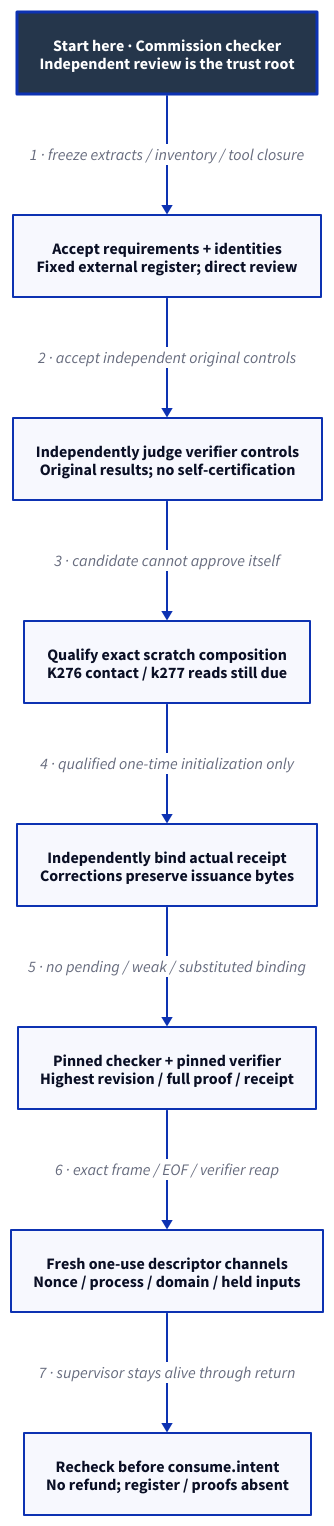
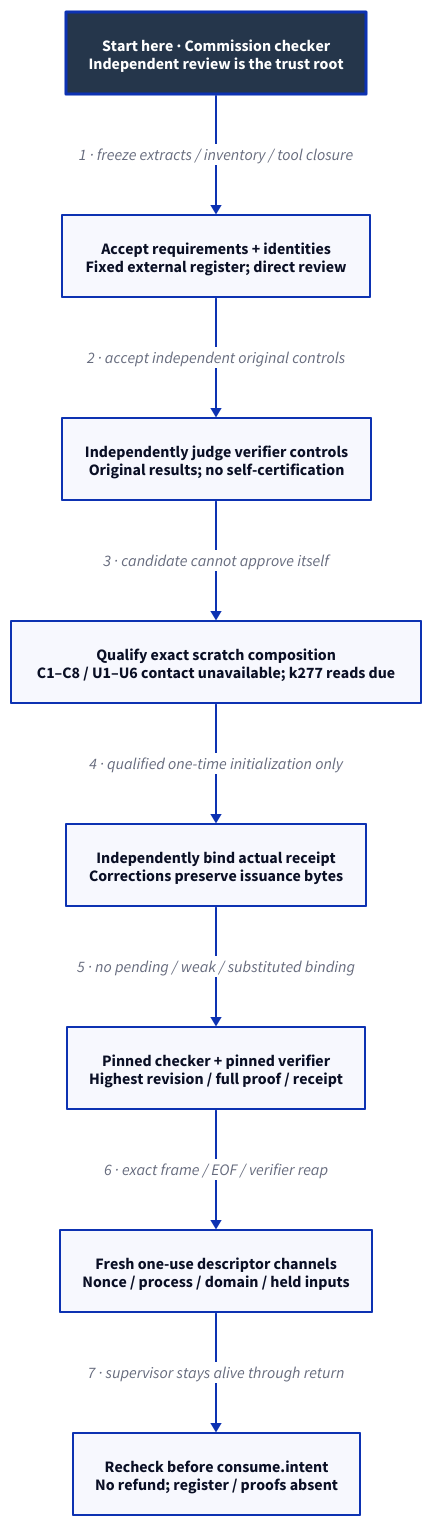
Before and after one commit to Linkuistics/Koine: the diagram in docs/design/architecture/native-reference-proof.d2, drawn with D2. The commit also changed 28 other files, not shown here.

```diff
--- a/docs/design/architecture/native-reference-proof.d2
+++ b/docs/design/architecture/native-reference-proof.d2
@@ -1,20 +1,20 @@
 # Proposed dependency flow; root, tools and controls remain unqualified.
 direction: down
 classes: {
   start: {style: {fill: "#25364B"; font-color: "#FFFFFF"; bold: true; stroke-width: 3}}
 }
 Start: "Start here · Commission checker\nIndependent review is the trust root" {class: start}
 Revision: "Accept requirements + identities\nFixed external register; direct review"
 Self: "Independently judge verifier controls\nOriginal results; no self-certification"
-Qualification: "Qualify exact scratch composition\nK276 contact / k277 reads still due"
+Qualification: "Qualify exact scratch composition\nC1–C8 / U1–U6 contact unavailable; k277 reads due"
 Receipt: "Independently bind actual receipt\nCorrections preserve issuance bytes"
 Checker: "Pinned checker + pinned verifier\nHighest revision / full proof / receipt"
 Channel: "Fresh one-use descriptor channels\nNonce / process / domain / held inputs"
 Boundary: "Recheck before consume.intent\nNo refund; register / proofs absent"
 Start -> Revision: "1 · freeze extracts / inventory / tool closure"
 Revision -> Self: "2 · accept independent original controls"
 Self -> Qualification: "3 · candidate cannot approve itself"
 Qualification -> Receipt: "4 · qualified one-time initialization only"
 Receipt -> Checker: "5 · no pending / weak / substituted binding"
 Checker -> Channel: "6 · exact frame / EOF / verifier reap"
 Channel -> Boundary: "7 · supervisor stays alive through return"
```
